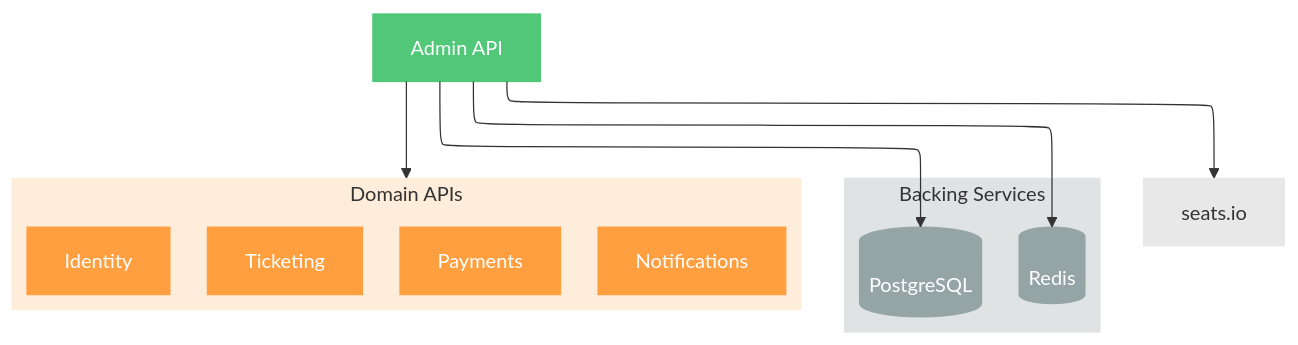
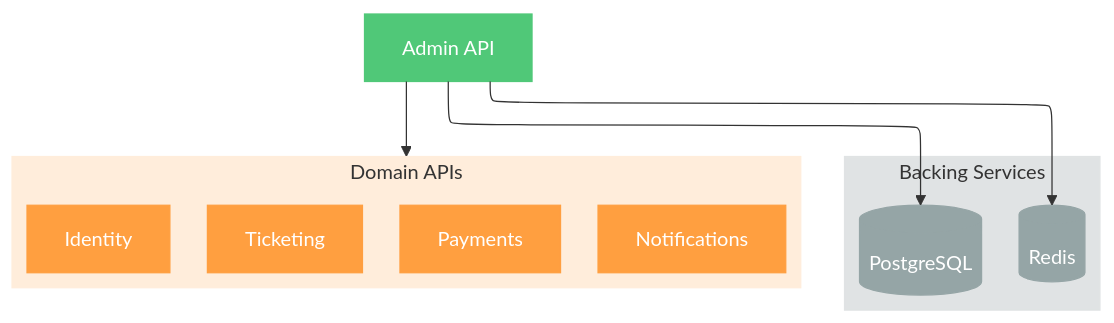
The diagram in diagrams/component-admin-api.mmd (disusered/docs-test), drawn with Mermaid before and after one commit. The commit also changed 9 other files, not shown here.

First line of the commit message:
feat(diagrams): Replace CI/CD with architecture diagrams

```diff
--- a/diagrams/component-admin-api.mmd
+++ b/diagrams/component-admin-api.mmd
@@ -1,37 +1,32 @@
 %%{init: {"flowchart": {"defaultRenderer": "elk"}} }%%
 graph TB
     api[Admin API]
 
     subgraph backing[Backing Services]
         postgres[(PostgreSQL)]
         redis[(Redis)]
     end
 
     subgraph domain[Domain APIs]
         ticketing[Ticketing]
         payments[Payments]
         identity[Identity]
         notifications[Notifications]
     end
 
-    seats_io[seats.io]
-
     api --> postgres
     api --> redis
     api --> domain
-    api --> seats_io
 
     %% Node styles
     classDef gatewayStyle fill:#50C878,stroke:#50C878,color:#fff
     classDef storageStyle fill:#95a5a6,stroke:#95a5a6,color:#fff
     classDef domainStyle fill:#FF9F40,stroke:#FF9F40,color:#fff
-    classDef externalStyle fill:#E8E8E8,stroke:#E8E8E8,color:#333
 
     class api gatewayStyle
     class postgres,redis storageStyle
     class ticketing,payments,identity,notifications domainStyle
-    class seats_io externalStyle
 
     %% Subgraph styling
     style backing fill:#e0e3e4,stroke:#e0e3e4
     style domain fill:#ffeddb,stroke:#ffeddb
```
